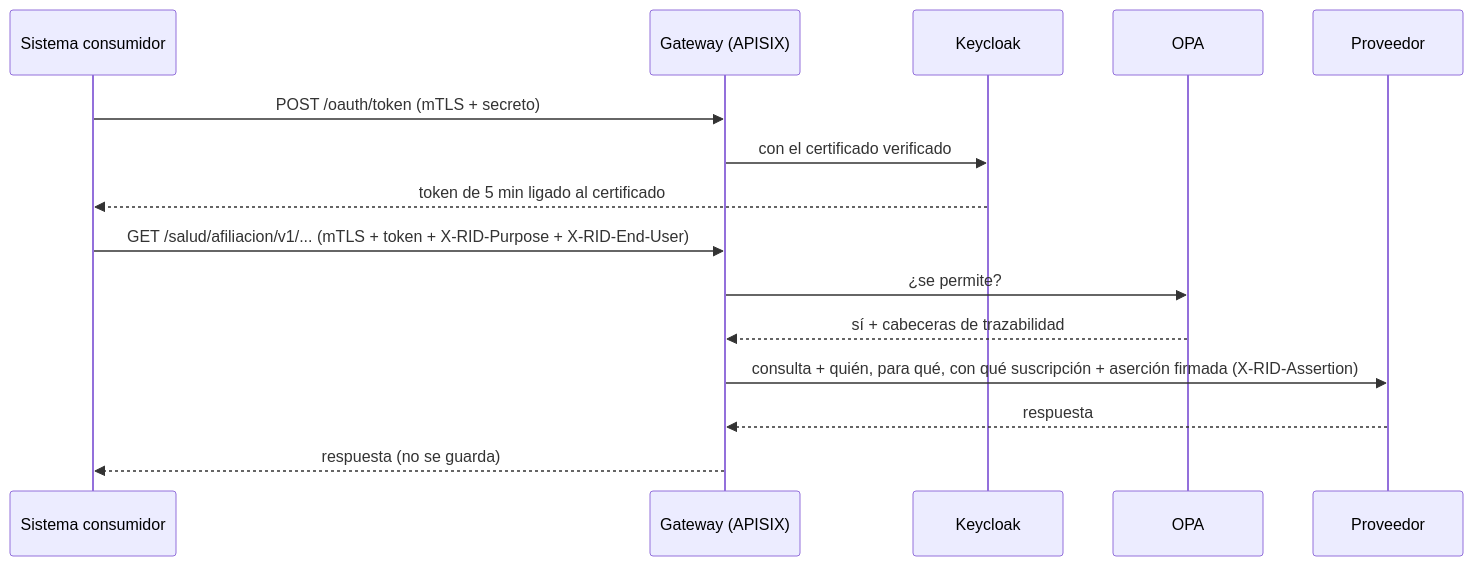
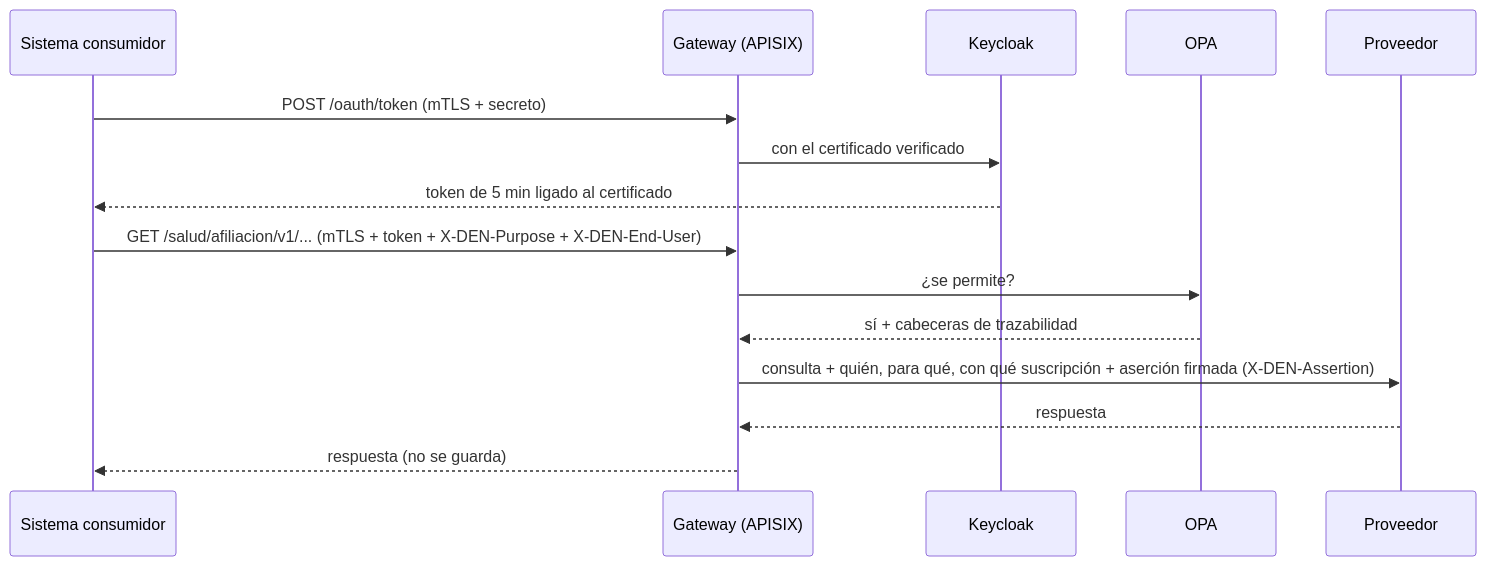
One commit to centre-for-dpi/data-exchange-admin-portal changed the third of 3 diagrams in docs/es/guides/operator.md. Above: the diagram before and after it, drawn with Mermaid. The commit also changed other lines of this file and 541 other files, not shown here.

````diff
--- a/docs/es/guides/operator.md
+++ b/docs/es/guides/operator.md
@@ -179,17 +179,17 @@
 ```mermaid
 sequenceDiagram
   participant C as Sistema consumidor
   participant GW as Gateway (APISIX)
   participant KC as Keycloak
   participant OPA as OPA
   participant P as Proveedor
   C->>GW: POST /oauth/token (mTLS + secreto)
   GW->>KC: con el certificado verificado
   KC-->>C: token de 5 min ligado al certificado
-  C->>GW: GET /salud/afiliacion/v1/... (mTLS + token + X-RID-Purpose + X-RID-End-User)
+  C->>GW: GET /salud/afiliacion/v1/... (mTLS + token + X-DEN-Purpose + X-DEN-End-User)
   GW->>OPA: ¿se permite?
   OPA-->>GW: sí + cabeceras de trazabilidad
-  GW->>P: consulta + quién, para qué, con qué suscripción + aserción firmada (X-RID-Assertion)
+  GW->>P: consulta + quién, para qué, con qué suscripción + aserción firmada (X-DEN-Assertion)
   P-->>GW: respuesta
   GW-->>C: respuesta (no se guarda)
 ```
````
